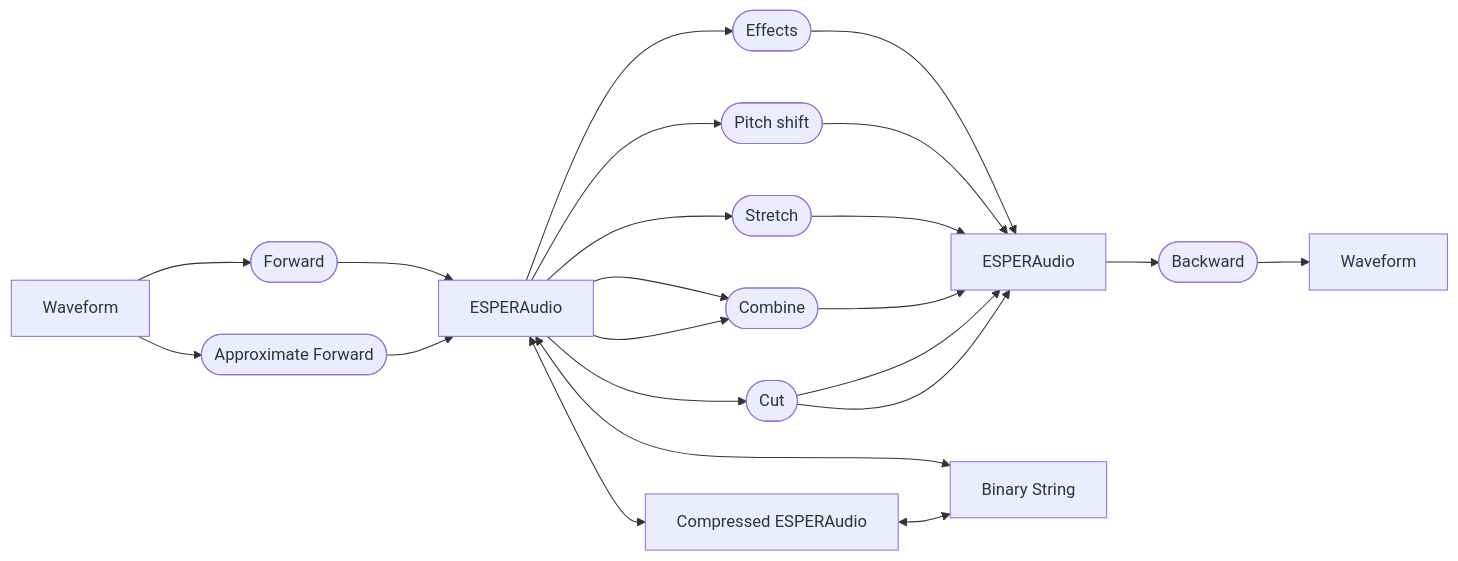
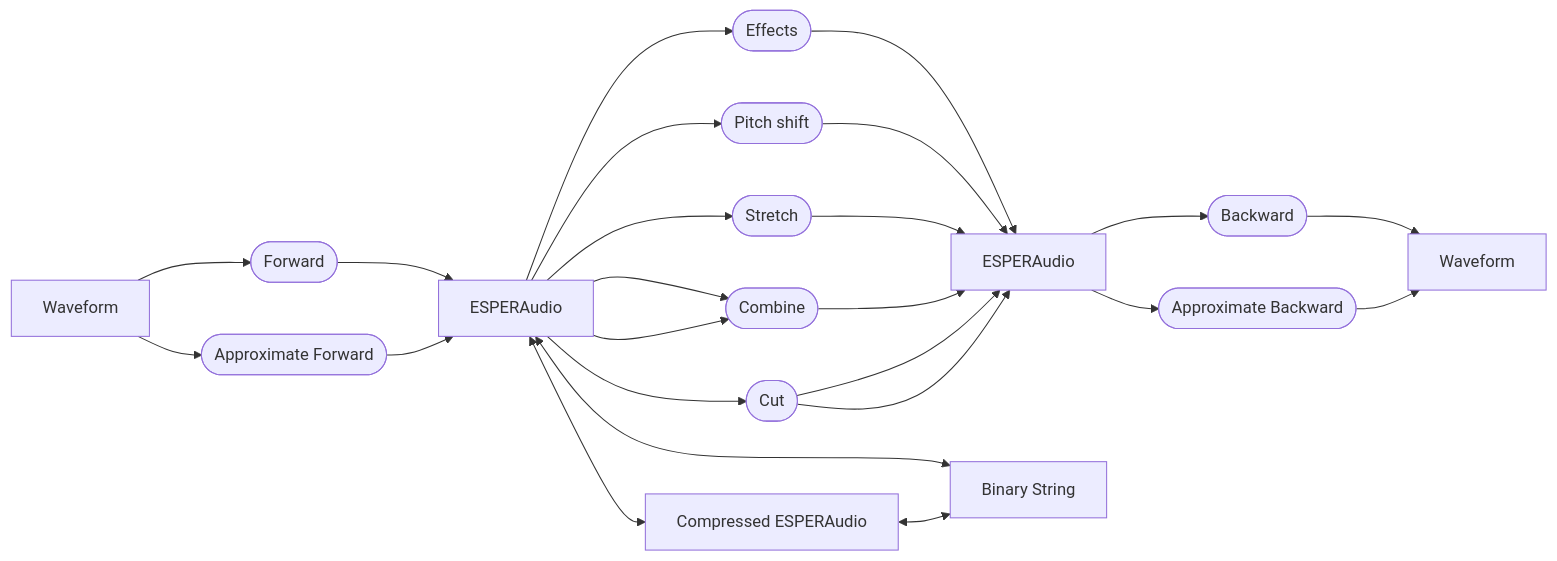
The diagram in README.md (CdrSonan/libESPER-V2), drawn with Mermaid before and after one commit. The commit also changed other lines of this file, not shown here.

````diff
--- a/README.md
+++ b/README.md
@@ -16,30 +24,32 @@
 ```mermaid
 graph LR;
     W1[Waveform]-->F([Forward]);
     F-->E1[ESPERAudio]
     W1[Waveform]-->Fa([Approximate Forward]);
     Fa-->E1[ESPERAudio]
     E2[ESPERAudio]-->B([Backward]);
     B-->W2[Waveform];
+    E2[ESPERAudio]-->Ba([Approximate Backward]);
+    Ba-->W2[Waveform];
 
     E1<-->Cmp[Compressed ESPERAudio];
     E1<-->Bin[Binary String];
     Cmp<-->Bin;
     
     E1-->Fx([Effects]);
     Fx-->E2;
 
     E1-->Ps([Pitch shift]);
     Ps-->E2;
 
     E1-->St([Stretch]);
     St-->E2;
 
     E1-->Cmb([Combine]);
     E1-->Cmb;
     Cmb-->E2;
 
     E1-->Cut([Cut]);
     Cut-->E2;
     Cut-->E2;
 ```
````
